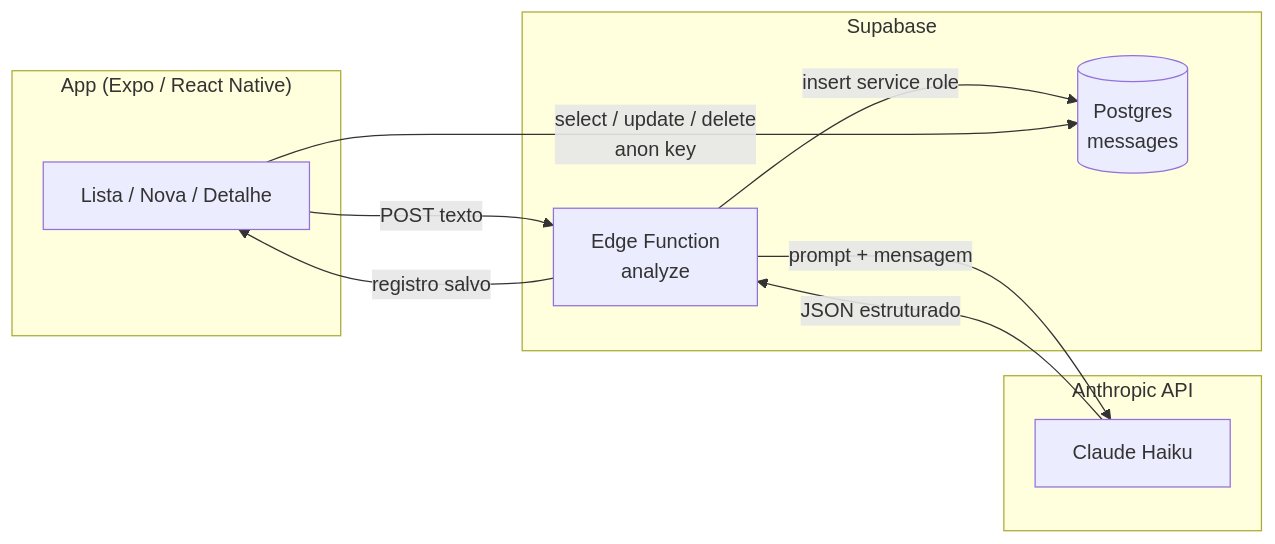
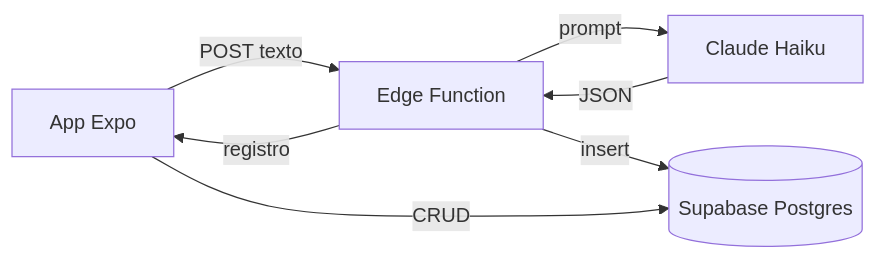
The diagram in README.md (theuxz/zapcheck), drawn with Mermaid before and after one commit. The commit also changed other lines of this file, not shown here.

````diff
--- a/README.md
+++ b/README.md
@@ -28,22 +26,10 @@
 ```mermaid
-flowchart LR
-  subgraph App["App (Expo / React Native)"]
-    A[Lista / Nova / Detalhe]
-  end
+graph LR
+  A[App Expo] -->|POST texto| B[Edge Function]
+  B -->|prompt| C[Claude Haiku]
+  C -->|JSON| B
+  B -->|insert| D[(Supabase Postgres)]
+  B -->|registro| A
+  A -->|CRUD| D
 
-  subgraph Backend["Supabase"]
-    EF[Edge Function<br/>analyze]
-    DB[(Postgres<br/>messages)]
-  end
-
-  subgraph IA["Anthropic API"]
-    C[Claude Haiku]
-  end
-
-  A -->|POST texto| EF
-  EF -->|prompt + mensagem| C
-  C -->|JSON estruturado| EF
-  EF -->|insert service role| DB
-  EF -->|registro salvo| A
-  A -->|select / update / delete<br/>anon key| DB
 ```
````
